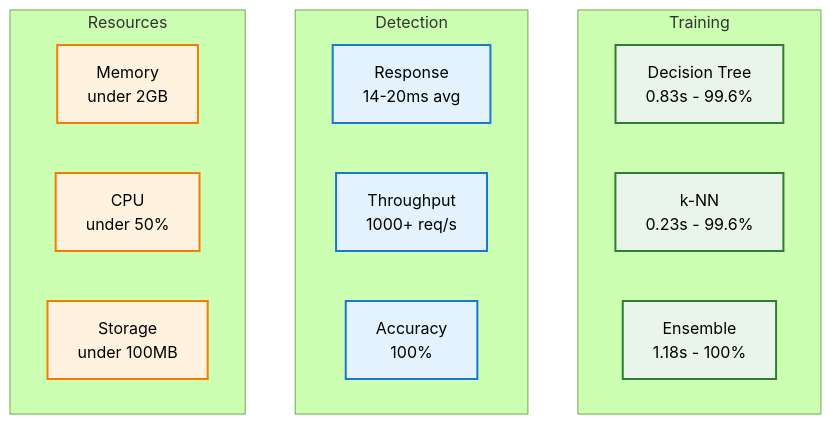
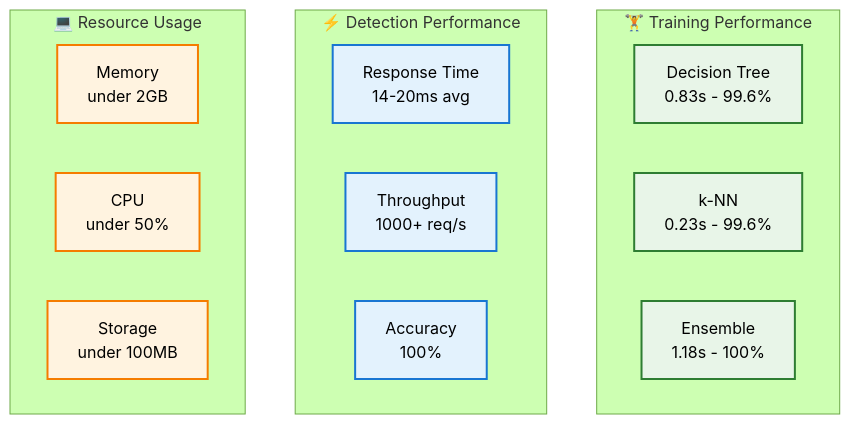
The first of 5 diagrams in README.md (holdennguyen/suricata-ml-ids), drawn with Mermaid (forest theme) before and after one commit. The commit also changed other lines of this file and 1 other file, not shown here.

````diff
--- a/README.md
+++ b/README.md
@@ -57,28 +57,29 @@
 ```mermaid
 flowchart TB
-    subgraph "Training"
+    subgraph Training["🏋️ Training Performance"]
         A["Decision Tree<br/>0.83s - 99.6%"]
         B["k-NN<br/>0.23s - 99.6%"]
         C["Ensemble<br/>1.18s - 100%"]
     end
     
-    subgraph "Detection"
-        D["Response<br/>14-20ms avg"]
+    subgraph Detection["⚡ Detection Performance"]
+        D["Response Time<br/>14-20ms avg"]
         E["Throughput<br/>1000+ req/s"]
         F["Accuracy<br/>100%"]
     end
     
-    subgraph "Resources"
+    subgraph Resources["💻 Resource Usage"]
         G["Memory<br/>under 2GB"]
         H["CPU<br/>under 50%"]
         I["Storage<br/>under 100MB"]
     end
     
-    classDef train fill:#e8f5e8,stroke:#2e7d32,stroke-width:2px
-    classDef detect fill:#e3f2fd,stroke:#1976d2,stroke-width:2px
-    classDef resource fill:#fff3e0,stroke:#f57c00,stroke-width:2px
+    %% Styling
+    classDef trainStyle fill:#e8f5e8,stroke:#2e7d32,stroke-width:2px,color:#000
+    classDef detectStyle fill:#e3f2fd,stroke:#1976d2,stroke-width:2px,color:#000
+    classDef resourceStyle fill:#fff3e0,stroke:#f57c00,stroke-width:2px,color:#000
     
-    class A,B,C train
-    class D,E,F detect
-    class G,H,I resource
+    class A,B,C trainStyle
+    class D,E,F detectStyle
+    class G,H,I resourceStyle
 ```
````
